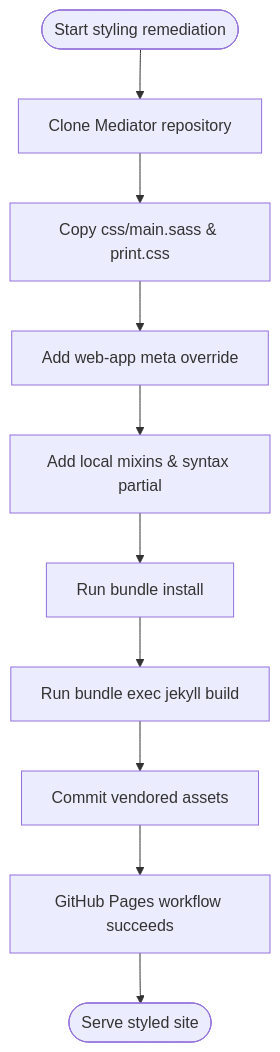
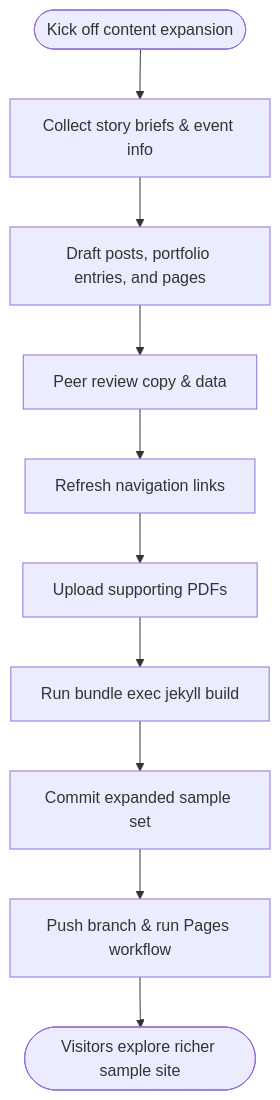
Before and after one commit to muyueh/Jekyll: the fifth of 6 diagrams in README.md, drawn with Mermaid. The commit also changed other lines of this file and 15 other files, not shown here.

Commit message:
Expand sample content and navigation

````diff
--- a/README.md
+++ b/README.md
@@ -92,12 +87,12 @@
 ```mermaid
 graph TD
-    Start([Start styling remediation]) --> CloneTheme[Clone Mediator repository]
-    CloneTheme --> CopyCSS[Copy css/main.sass & print.css]
-    CopyCSS --> UpdateHead[Add web-app meta override]
-    UpdateHead --> AddMixins[Add local mixins & syntax partial]
-    AddMixins --> InstallDeps[Run bundle install]
-    InstallDeps --> Verify[Run bundle exec jekyll build]
-    Verify --> Commit[Commit vendored assets]
-    Commit --> Deploy[GitHub Pages workflow succeeds]
-    Deploy --> End([Serve styled site])
+    Start([Kick off content expansion]) --> GatherBriefs[Collect story briefs & event info]
+    GatherBriefs --> DraftContent[Draft posts, portfolio entries, and pages]
+    DraftContent --> PeerReview[Peer review copy & data]
+    PeerReview --> UpdateNavigation[Refresh navigation links]
+    UpdateNavigation --> AddResources[Upload supporting PDFs]
+    AddResources --> BuildSite[Run bundle exec jekyll build]
+    BuildSite --> CommitChanges[Commit expanded sample set]
+    CommitChanges --> Deploy[Push branch & run Pages workflow]
+    Deploy --> End([Visitors explore richer sample site])
 ```
````
